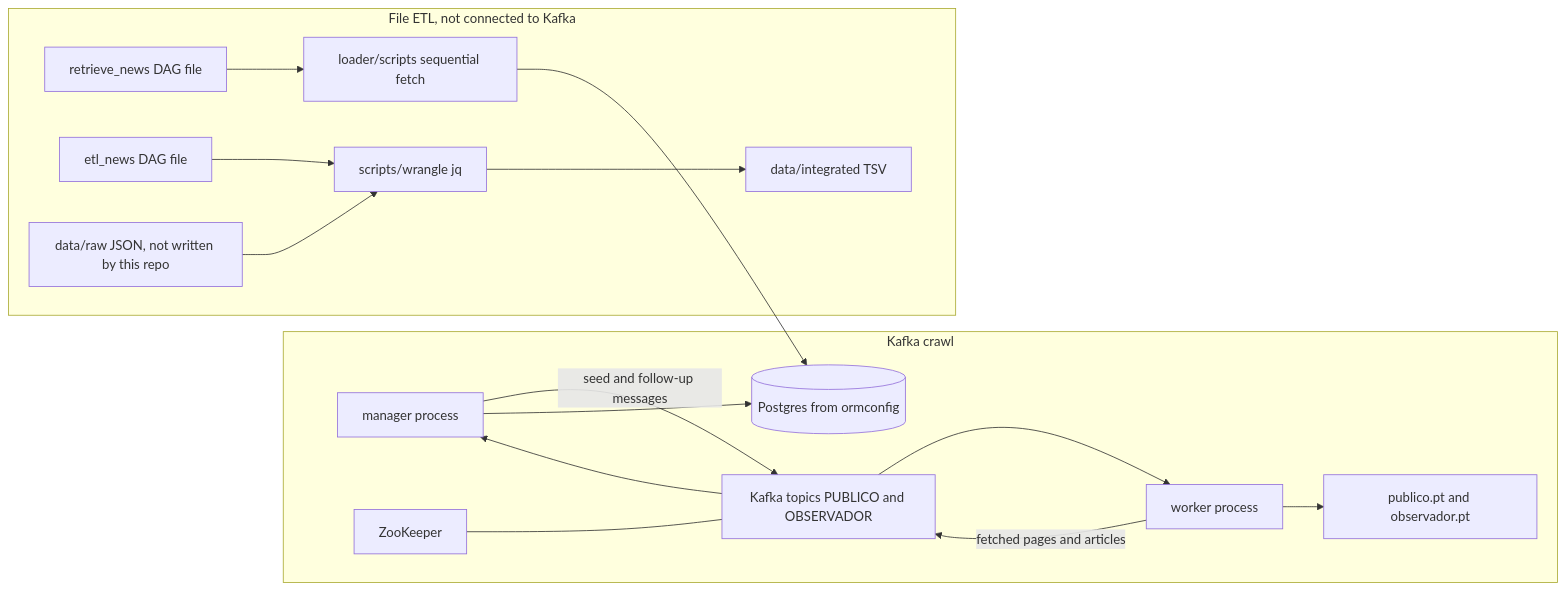
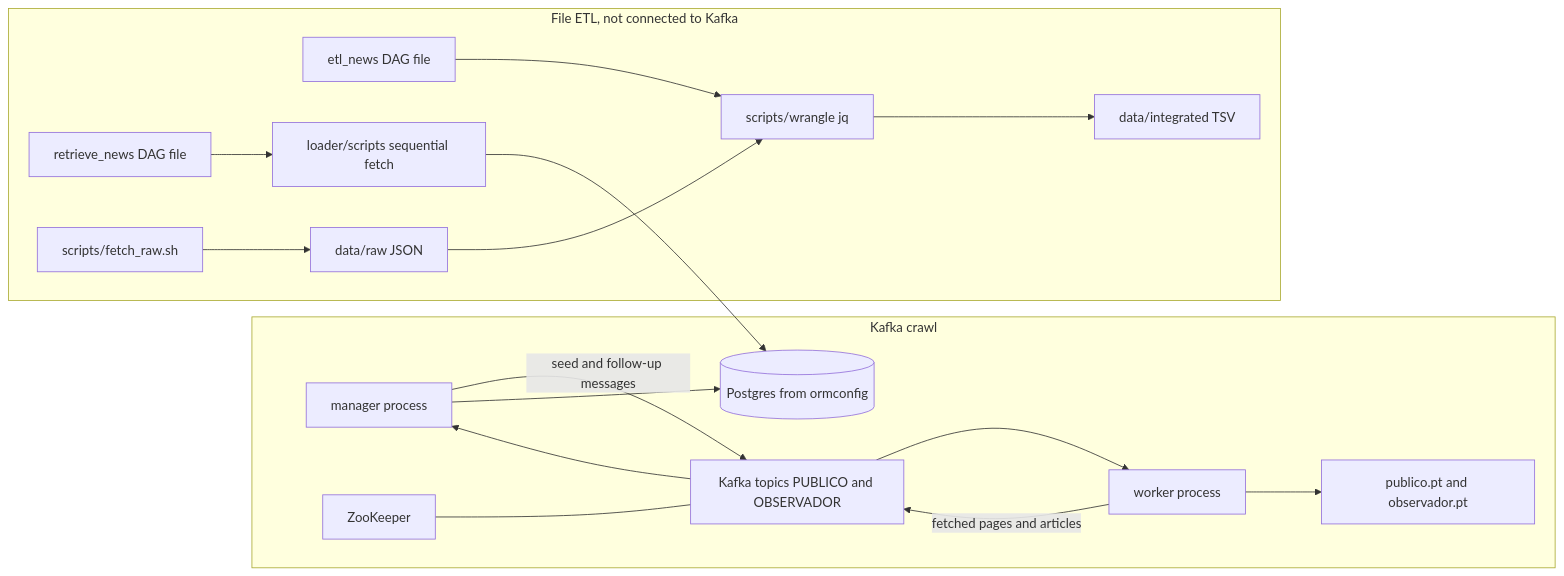
One commit to pedrorio/media_networks_polarisation changed the diagram in README.md. Above: the diagram before and after it, drawn with Mermaid. The commit also changed other lines of this file and 13 other files, not shown here.

First line of the commit message:
Keep cleaned article JSON and add a raw-file command.

````diff
--- a/README.md
+++ b/README.md
@@ -39,31 +39,33 @@
 ```mermaid
 flowchart LR
   subgraph kafkaCrawl [Kafka crawl]
     Manager[manager process]
     Broker[Kafka topics PUBLICO and OBSERVADOR]
     Worker[worker process]
     ZK[ZooKeeper]
     Sites[publico.pt and observador.pt]
     PG[(Postgres from ormconfig)]
     Manager -->|seed and follow-up messages| Broker
     Worker -->|fetched pages and articles| Broker
     Broker --> Manager
     Broker --> Worker
     Worker --> Sites
     Manager --> PG
     ZK --- Broker
   end
 
   subgraph fileEtl [File ETL, not connected to Kafka]
     RetrieveDag[retrieve_news DAG file]
     EtlDag[etl_news DAG file]
     Scripts[loader/scripts sequential fetch]
-    Raw[data/raw JSON, not written by this repo]
+    Fetch[scripts/fetch_raw.sh]
+    Raw[data/raw JSON]
+    Fetch --> Raw
     Jq[scripts/wrangle jq]
     Tsv[data/integrated TSV]
     RetrieveDag --> Scripts
     Scripts --> PG
     EtlDag --> Jq
     Raw --> Jq --> Tsv
   end
 ```
````
